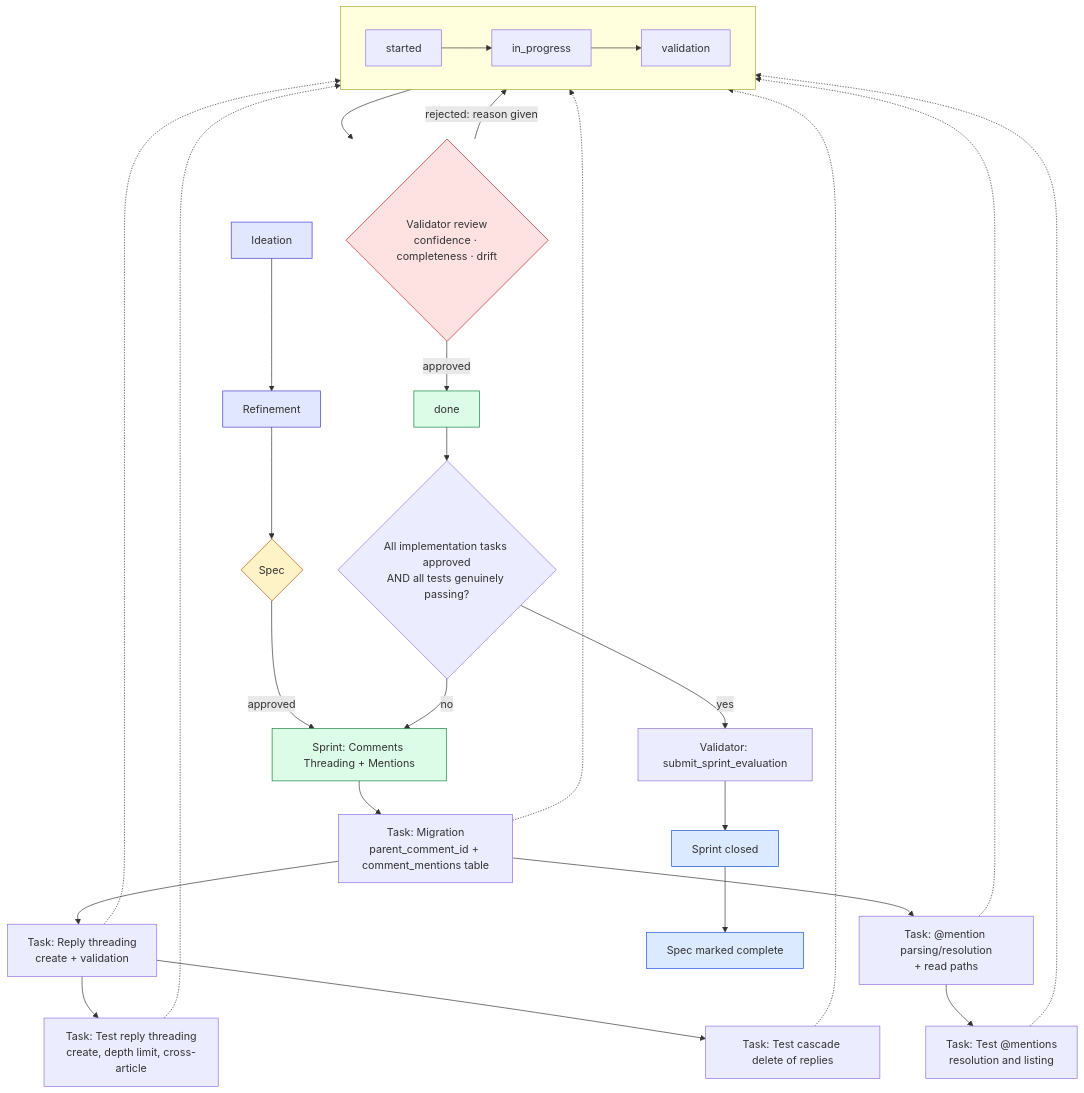
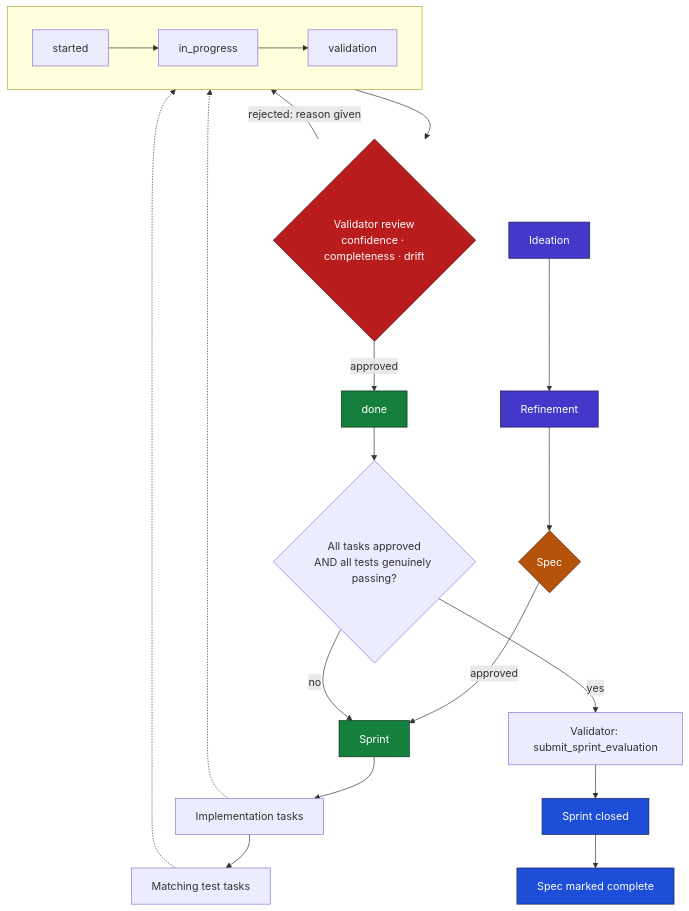
One commit to OktoLabsAI/pulse-brownfield-feature-demo changed the diagram in README.md. Above: the diagram before and after it, drawn with Mermaid. The commit also changed other lines of this file, not shown here.

Commit message:
docs: keep workflow diagram Pulse-generic, improve contrast
Drops repo-specific task/feature labels from the Mermaid diagram in favor
of generic Pulse pipeline stages, and swaps low-contrast pastel fills for
solid colors with white text for legibility in both themes.

````diff
--- a/README.md
+++ b/README.md
@@ -47,46 +47,36 @@
 ```mermaid
 flowchart TD
     A[Ideation] --> B[Refinement]
     B --> C{Spec}
-    C -->|approved| D[Sprint: Comments Threading + Mentions]
+    C -->|approved| D[Sprint]
 
-    D --> E[Task: Migration<br/>parent_comment_id + comment_mentions table]
-
-    E --> F[Task: Reply threading<br/>create + validation]
-    E --> G[Task: @mention parsing/resolution<br/>+ read paths]
-
-    F --> H[Task: Test reply threading<br/>create, depth limit, cross-article]
-    F --> J[Task: Test cascade delete of replies]
-    G --> I[Task: Test @mentions<br/>resolution and listing]
+    D --> E[Implementation tasks]
+    E --> F[Matching test tasks]
 
     subgraph Task Lifecycle [" "]
         direction LR
         T1[started] --> T2[in_progress] --> T3[validation]
     end
 
     E -.-> T1
     F -.-> T1
-    G -.-> T1
-    H -.-> T1
-    I -.-> T1
-    J -.-> T1
 
     T3 --> V{Validator review<br/>confidence · completeness · drift}
     V -->|approved| Done[done]
     V -->|rejected: reason given| T2
 
-    Done --> K{All implementation tasks approved<br/>AND all tests genuinely passing?}
+    Done --> K{All tasks approved<br/>AND all tests genuinely passing?}
     K -->|no| D
     K -->|yes| L[Validator: submit_sprint_evaluation]
     L --> M[Sprint closed]
     M --> N[Spec marked complete]
 
-    style A fill:#e0e7ff,stroke:#4338ca
-    style B fill:#e0e7ff,stroke:#4338ca
-    style C fill:#fef3c7,stroke:#b45309
-    style D fill:#dcfce7,stroke:#15803d
-    style V fill:#fee2e2,stroke:#b91c1c
-    style Done fill:#dcfce7,stroke:#15803d
-    style M fill:#dbeafe,stroke:#1d4ed8
-    style N fill:#dbeafe,stroke:#1d4ed8
+    style A fill:#4338ca,stroke:#1e1b4b,color:#ffffff
+    style B fill:#4338ca,stroke:#1e1b4b,color:#ffffff
+    style C fill:#b45309,stroke:#451a03,color:#ffffff
+    style D fill:#15803d,stroke:#052e16,color:#ffffff
+    style V fill:#b91c1c,stroke:#450a0a,color:#ffffff
+    style Done fill:#15803d,stroke:#052e16,color:#ffffff
+    style M fill:#1d4ed8,stroke:#172554,color:#ffffff
+    style N fill:#1d4ed8,stroke:#172554,color:#ffffff
 ```
````
